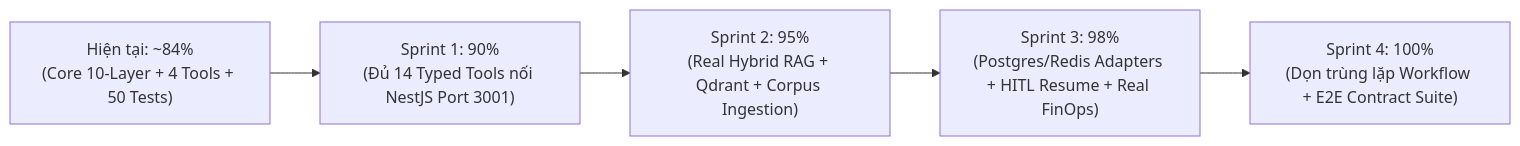
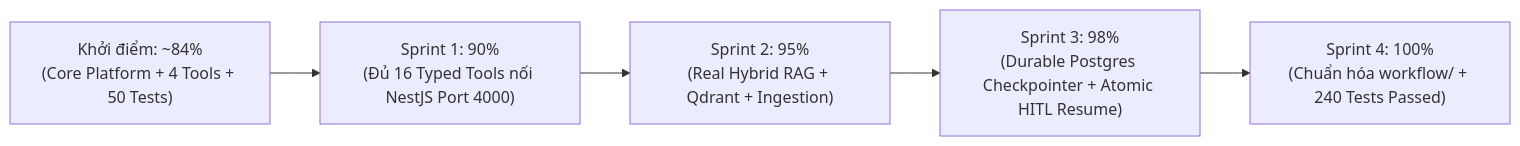
Before and after one commit to duonyyy/RetailMind-AI-: the diagram in agent-system/docs/AGENT_SYSTEM_IMPLEMENTATION_PLAN.md, drawn with Mermaid. The commit also changed other lines of this file and 33 other files, not shown here.

````diff
--- a/agent-system/docs/AGENT_SYSTEM_IMPLEMENTATION_PLAN.md
+++ b/agent-system/docs/AGENT_SYSTEM_IMPLEMENTATION_PLAN.md
@@ -21,7 +18,7 @@
 ```mermaid
 flowchart LR
-    S0["Hiện tại: ~84%<br/>(Core 10-Layer + 4 Tools + 50 Tests)"] --> S1["Sprint 1: 90%<br/>(Đủ 14 Typed Tools nối NestJS Port 3001)"]
-    S1 --> S2["Sprint 2: 95%<br/>(Real Hybrid RAG + Qdrant + Corpus Ingestion)"]
-    S2 --> S3["Sprint 3: 98%<br/>(Postgres/Redis Adapters + HITL Resume + Real FinOps)"]
-    S3 --> S4["Sprint 4: 100%<br/>(Dọn trùng lặp Workflow + E2E Contract Suite)"]
+    S0["Khởi điểm: ~84%<br/>(Core Platform + 4 Tools + 50 Tests)"] --> S1["Sprint 1: 90%<br/>(Đủ 16 Typed Tools nối NestJS Port 4000)"]
+    S1 --> S2["Sprint 2: 95%<br/>(Real Hybrid RAG + Qdrant + Ingestion)"]
+    S2 --> S3["Sprint 3: 98%<br/>(Durable Postgres Checkpointer + Atomic HITL Resume)"]
+    S3 --> S4["Sprint 4: 100%<br/>(Chuẩn hóa workflow/ + 240 Tests Passed)"]
 ```
````
